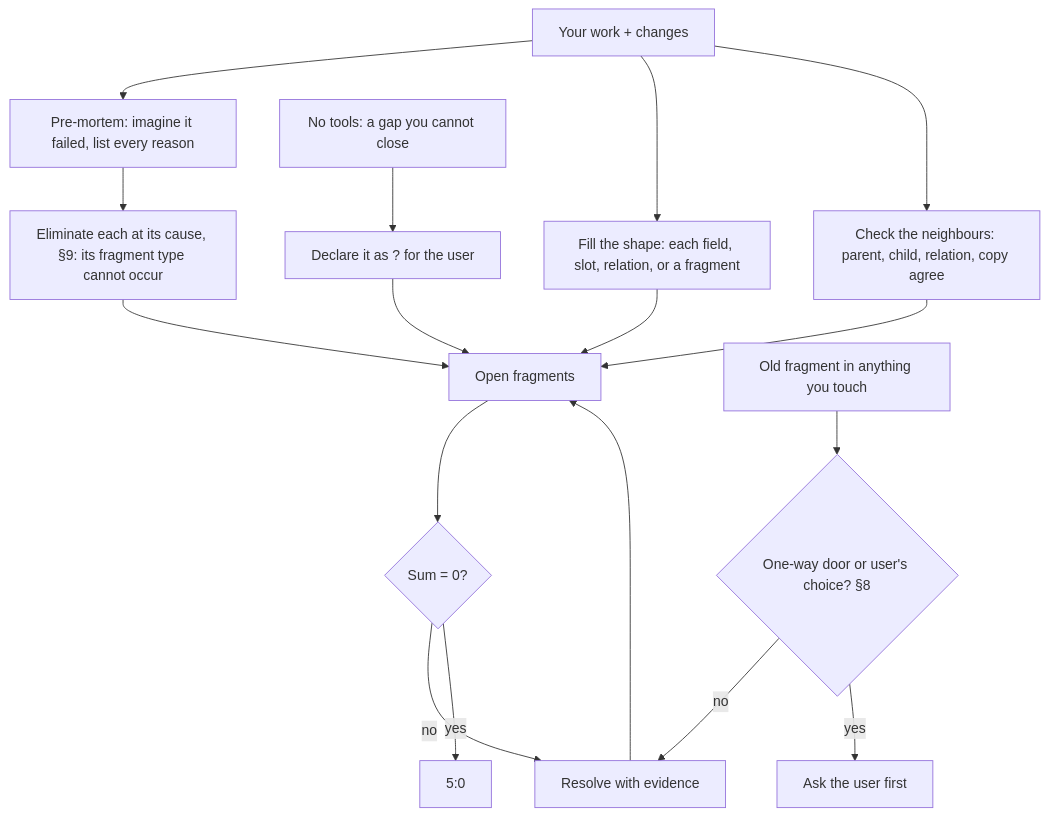
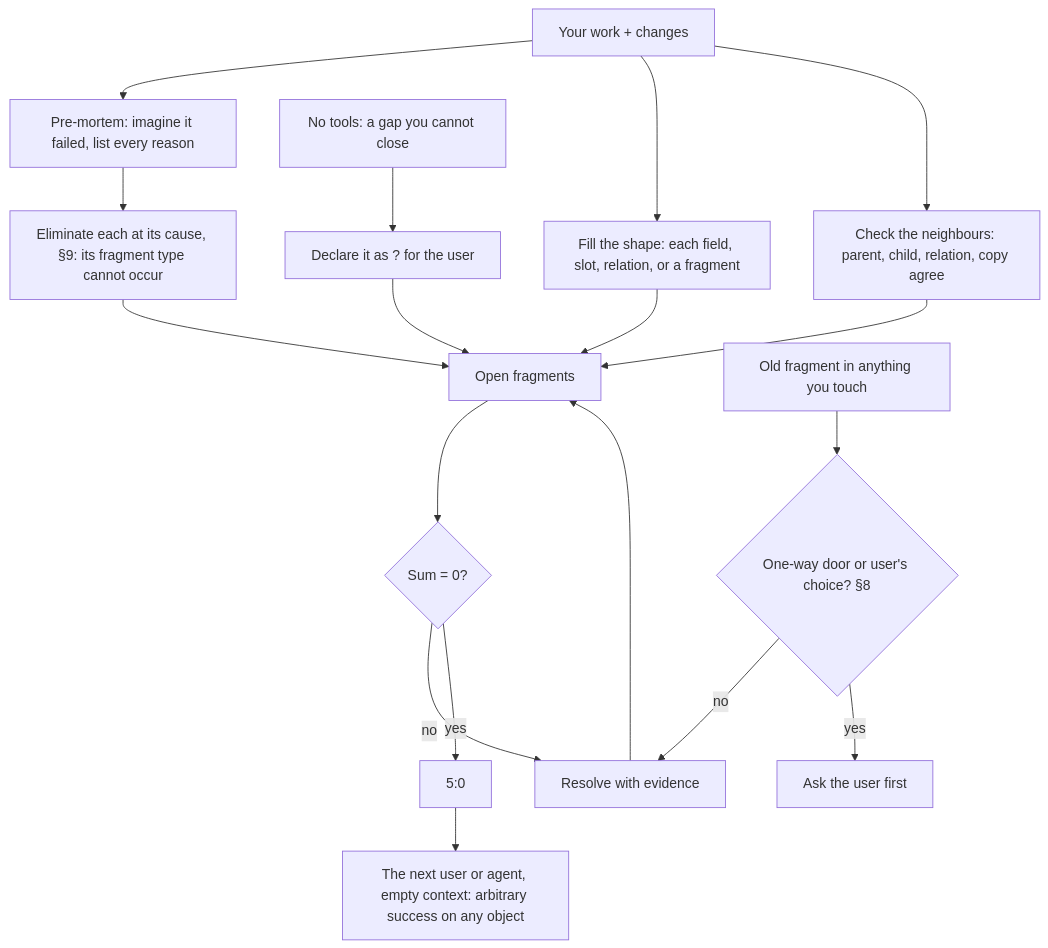
One commit to SolenixAI/arbiter changed the second of 14 diagrams in AGENTS.md. Above: the diagram before and after it, drawn with Mermaid. The commit also changed other lines of this file, not shown here.

Commit message:
docs(agents): 5:0 generates arbitrary success for the next user or agent with an empty context

````diff
--- a/AGENTS.md
+++ b/AGENTS.md
@@ -84,12 +86,12 @@
 ```mermaid
 flowchart TD
   W[Your work + changes] --> PM[Pre-mortem: imagine it failed, list every reason] --> P[Eliminate each at its cause, §9: its fragment type cannot occur] --> L[Open fragments] --> C{Sum = 0?}
   C -->|no| F[Resolve with evidence] --> L
   W --> SH[Fill the shape: each field, slot, relation, or a fragment] --> L
   W --> NB[Check the neighbours: parent, child, relation, copy agree] --> L
-  C -->|yes| D[5:0]
+  C -->|yes| D[5:0] --> NX["The next user or agent, empty context: arbitrary success on any object"]
   O[Old fragment in anything you touch] --> OW{One-way door or user's choice? §8}
   OW -->|no| F
   OW -->|yes| UA[Ask the user first]
   NT[No tools: a gap you cannot close] --> X["Declare it as ? for the user"] --> L
 ```
````
